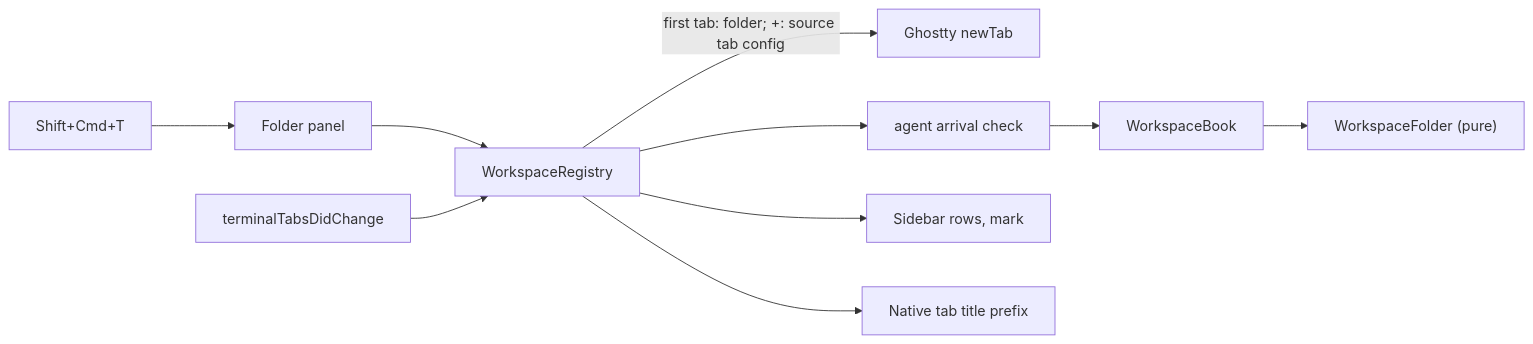
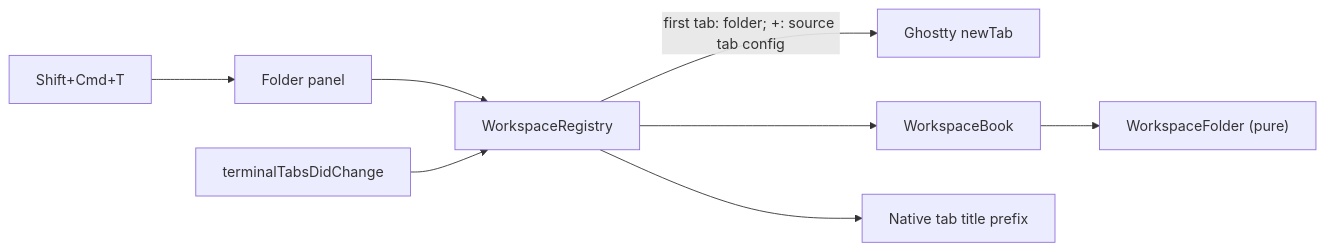
The diagram in docs/specs/workspace-folder.md (daniil4545/tarn), drawn with Mermaid before and after one commit. The commit also changed other lines of this file and 17 other files, not shown here.

````diff
--- a/docs/specs/workspace-folder.md
+++ b/docs/specs/workspace-folder.md
@@ -26,12 +25,10 @@
 ```mermaid
 flowchart LR
   user["Shift+Cmd+T"] --> panel["Folder panel"]
   panel --> reg["WorkspaceRegistry"]
   reg -->|"first tab: folder; +: source tab config"| ghostty["Ghostty newTab"]
   tabs["terminalTabsDidChange"] --> reg
-  reg --> arrive["agent arrival check"]
-  arrive --> book["WorkspaceBook"]
+  reg --> book["WorkspaceBook"]
   book --> folder["WorkspaceFolder (pure)"]
-  reg --> side["Sidebar rows, mark"]
   reg --> label["Native tab title prefix"]
 ```
````
